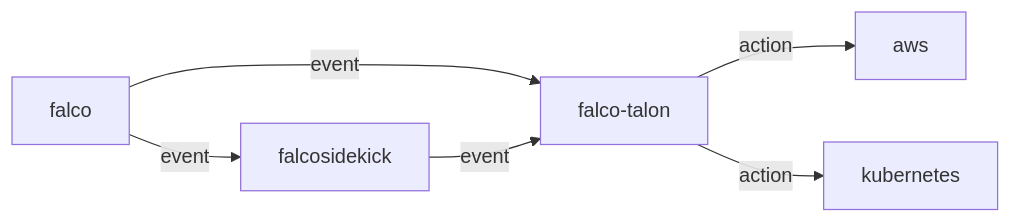
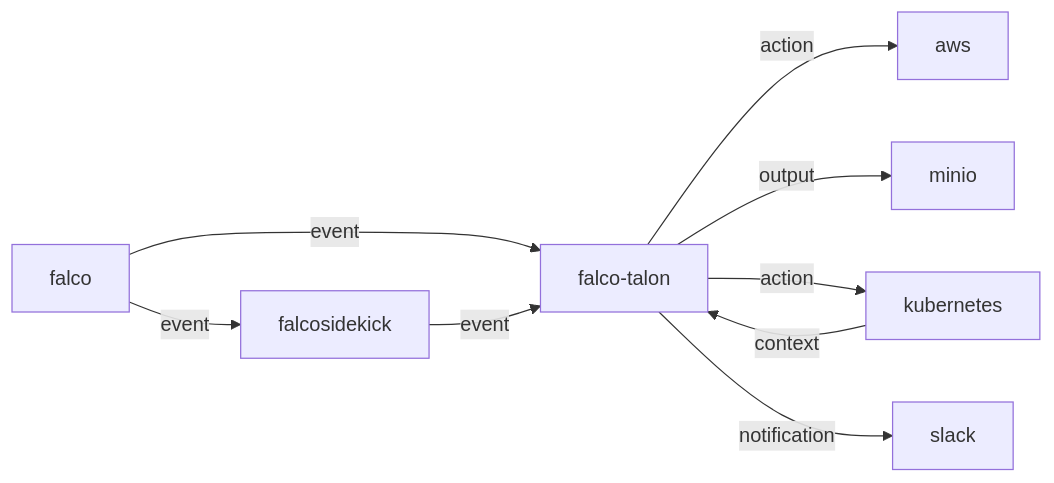
Before and after one commit to falcosecurity/falco-talon: the diagram in README.md, drawn with Mermaid. The commit also changed other lines of this file, not shown here.

````diff
--- a/README.md
+++ b/README.md
@@ -26,11 +30,14 @@
 ```mermaid
 flowchart LR
     falco
     falcosidekick
     falco-talon
     falco -- event --> falcosidekick
     falco -- event --> falco-talon
     falcosidekick -- event --> falco-talon
+    kubernetes -- context --> falco-talon
     falco-talon -- action --> aws
+    falco-talon -- output --> minio
     falco-talon -- action --> kubernetes
+    falco-talon -- notification --> slack
 ```
````
